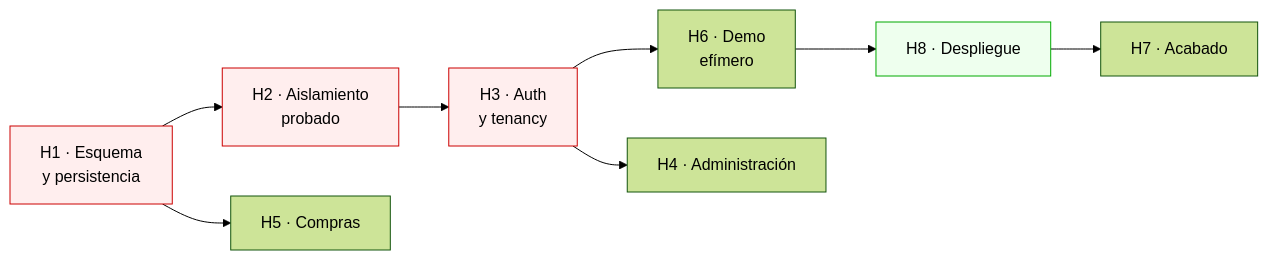
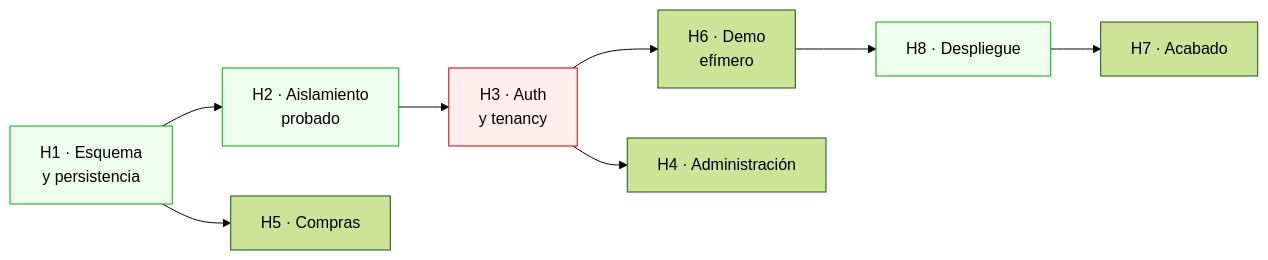
One commit to Jundev66/CoreBiz changed the diagram in docs/ROADMAP.md. Above: the diagram before and after it, drawn with Mermaid (forest theme). The commit also changed other lines of this file and 3 other files, not shown here.

````diff
--- a/docs/ROADMAP.md
+++ b/docs/ROADMAP.md
@@ -47,15 +49,15 @@
 ```mermaid
 graph LR
   H1[H1 · Esquema<br/>y persistencia] --> H2[H2 · Aislamiento<br/>probado]
   H2 --> H3[H3 · Auth<br/>y tenancy]
   H3 --> H6[H6 · Demo<br/>efímero]
   H6 --> H8[H8 · Despliegue]
   H3 --> H4[H4 · Administración]
   H1 --> H5[H5 · Compras]
   H8 --> H7[H7 · Acabado]
 
-  style H1 fill:#fee,stroke:#c00
-  style H2 fill:#fee,stroke:#c00
+  style H1 fill:#efe,stroke:#0a0
+  style H2 fill:#efe,stroke:#0a0
   style H3 fill:#fee,stroke:#c00
   style H8 fill:#efe,stroke:#0a0
 ```
````
